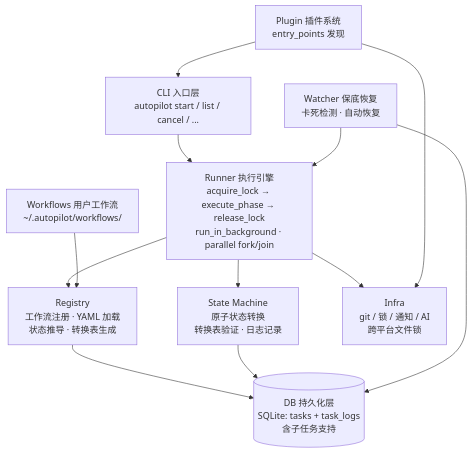
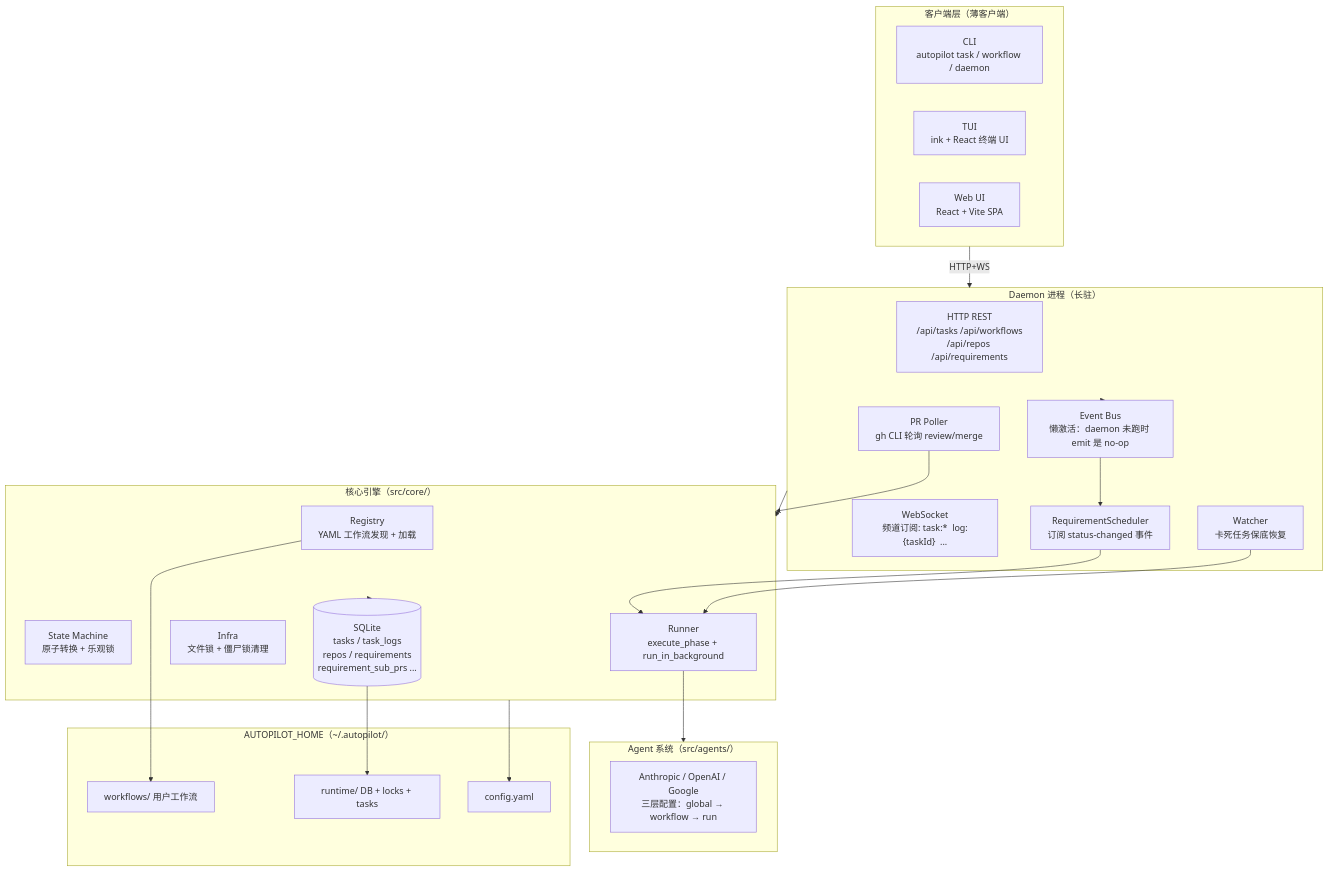
The first of 2 diagrams in docs/architecture.md (larrygogo/autopilot), drawn with Mermaid before and after one commit. The commit also changed other lines of this file, not shown here.

Commit message:
docs: 重写 architecture.md 为 TS daemon 时代版本 (#43)

````diff
--- a/docs/architecture.md
+++ b/docs/architecture.md
@@ -7,24 +13,48 @@
 ```mermaid
 graph TB
-    CLI["CLI 入口层<br/>autopilot start / list / cancel / ..."]
-    Runner["Runner 执行引擎<br/>acquire_lock → execute_phase → release_lock<br/>run_in_background · parallel fork/join"]
-    Registry["Registry<br/>工作流注册 · YAML 加载<br/>状态推导 · 转换表生成"]
-    SM["State Machine<br/>原子状态转换<br/>转换表验证 · 日志记录"]
-    Infra["Infra<br/>git / 锁 / 通知 / AI<br/>跨平台文件锁"]
-    DB[("DB 持久化层<br/>SQLite: tasks + task_logs<br/>含子任务支持")]
-    Plugin["Plugin 插件系统<br/>entry_points 发现"]
-    Watcher["Watcher 保底恢复<br/>卡死检测 · 自动恢复"]
-    Workflows["Workflows 用户工作流<br/>~/.autopilot/workflows/"]
+    subgraph Clients["客户端层（薄客户端）"]
+      CLI["CLI<br/>autopilot task / workflow / daemon"]
+      TUI["TUI<br/>ink + React 终端 UI"]
+      WEB["Web UI<br/>React + Vite SPA"]
+    end
 
-    CLI --> Runner
-    Plugin --> CLI
-    Runner --> Registry
-    Runner --> SM
-    Runner --> Infra
-    Registry --> DB
-    SM --> DB
-    Plugin --> Infra
-    Watcher --> Runner
-    Watcher --> DB
-    Workflows --> Registry
+    subgraph Daemon["Daemon 进程（长驻）"]
+      HTTP["HTTP REST<br/>/api/tasks /api/workflows<br/>/api/repos /api/requirements"]
+      WS["WebSocket<br/>频道订阅: task:*  log:{taskId}  ..."]
+      EB["Event Bus<br/>懒激活：daemon 未跑时 emit 是 no-op"]
+      RS["RequirementScheduler<br/>订阅 status-changed 事件"]
+      PRP["PR Poller<br/>gh CLI 轮询 review/merge"]
+      WCH["Watcher<br/>卡死任务保底恢复"]
+    end
+
+    subgraph Core["核心引擎（src/core/）"]
+      Registry["Registry<br/>YAML 工作流发现 + 加载"]
+      SM["State Machine<br/>原子转换 + 乐观锁"]
+      Runner["Runner<br/>execute_phase + run_in_background"]
+      Infra["Infra<br/>文件锁 + 僵尸锁清理"]
+      DB[("SQLite<br/>tasks / task_logs<br/>repos / requirements<br/>requirement_sub_prs ...")]
+    end
+
+    subgraph Agents["Agent 系统（src/agents/）"]
+      AG["Anthropic / OpenAI / Google<br/>三层配置：global → workflow → run"]
+    end
+
+    subgraph Home["AUTOPILOT_HOME（~/.autopilot/）"]
+      WF["workflows/ 用户工作流"]
+      RT["runtime/ DB + locks + tasks"]
+      CFG["config.yaml"]
+    end
+
+    Clients -->|HTTP+WS| Daemon
+    Daemon --> Core
+    Runner --> Agents
+    Core --> DB
+    Daemon --> EB
+    EB --> RS
+    RS --> Runner
+    PRP --> Core
+    WCH --> Runner
+    Registry --> WF
+    DB --> RT
+    Core --> CFG
 ```
````
